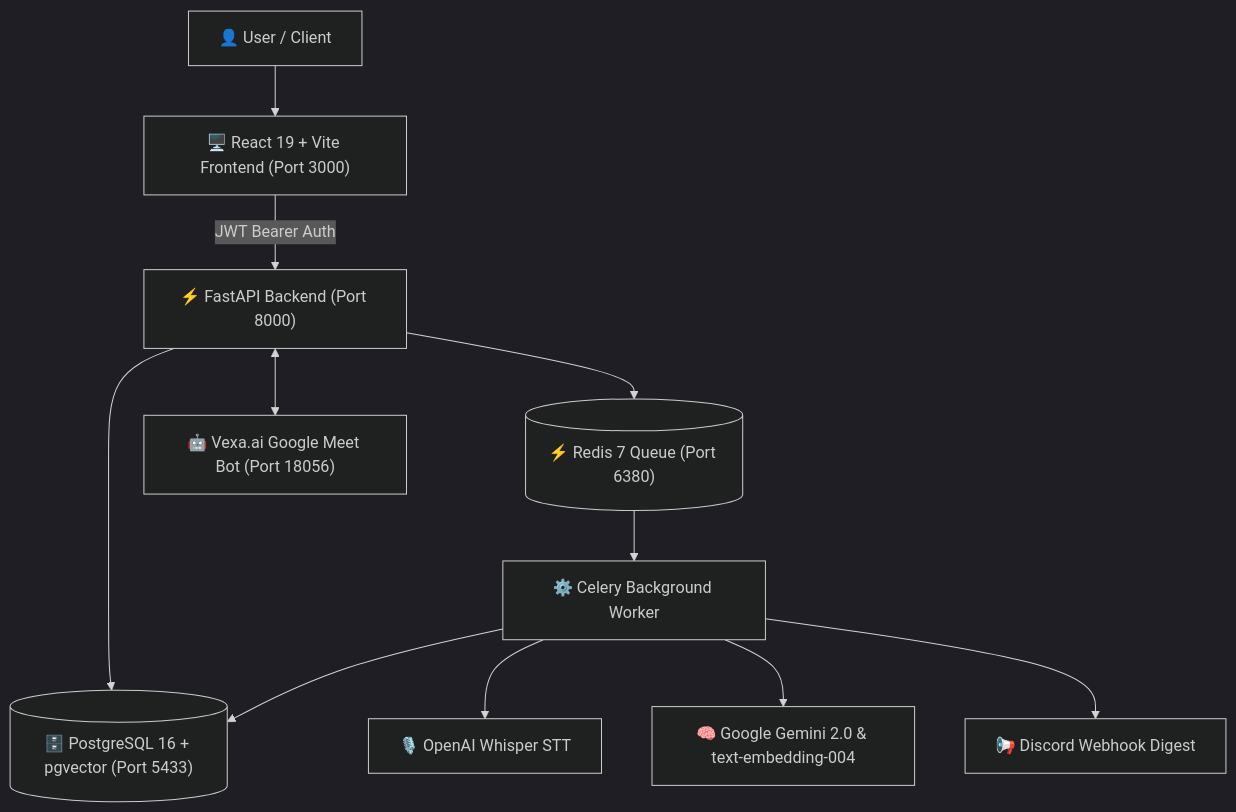
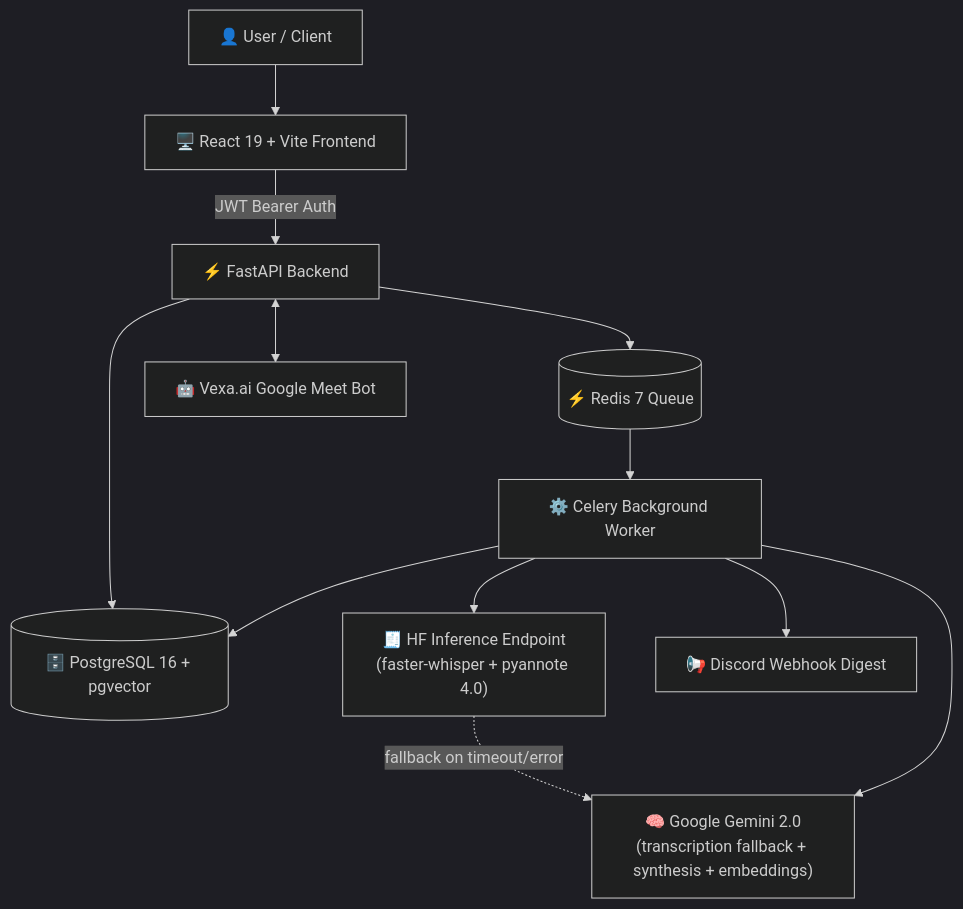
Before and after one commit to unnkarm/meetpilot: the second of 5 diagrams in README.md, drawn with Mermaid (dark theme). The commit also changed other lines of this file and 11 other files, not shown here.

````diff
--- a/README.md
+++ b/README.md
@@ -29,15 +100,16 @@
 ```mermaid
 flowchart TD
-    User["👤 User / Client"] --> Frontend["🖥️ React 19 + Vite Frontend (Port 3000)"]
-    Frontend -->|"JWT Bearer Auth"| Backend["⚡ FastAPI Backend (Port 8000)"]
-    
-    Backend --> DB[("🗄️ PostgreSQL 16 + pgvector (Port 5433)")]
-    Backend --> Redis[("⚡ Redis 7 Queue (Port 6380)")]
-    Backend <--> Vexa["🤖 Vexa.ai Google Meet Bot (Port 18056)"]
-    
+    User["👤 User / Client"] --> Frontend["🖥️ React 19 + Vite Frontend"]
+    Frontend -->|"JWT Bearer Auth"| Backend["⚡ FastAPI Backend"]
+
+    Backend --> DB[("🗄️ PostgreSQL 16 + pgvector")]
+    Backend --> Redis[("⚡ Redis 7 Queue")]
+    Backend <--> Vexa["🤖 Vexa.ai Google Meet Bot"]
+
     Redis --> Worker["⚙️ Celery Background Worker"]
-    Worker --> Whisper["🎙️ OpenAI Whisper STT"]
-    Worker --> Gemini["🧠 Google Gemini 2.0 & text-embedding-004"]
+    Worker --> HF["🧾 HF Inference Endpoint\n(faster-whisper + pyannote 4.0)"]
+    HF -. fallback on timeout/error .-> Gemini["🧠 Google Gemini 2.0\n(transcription fallback + synthesis + embeddings)"]
+    Worker --> Gemini
     Worker --> DB
     Worker --> Discord["📢 Discord Webhook Digest"]
 ```
````
